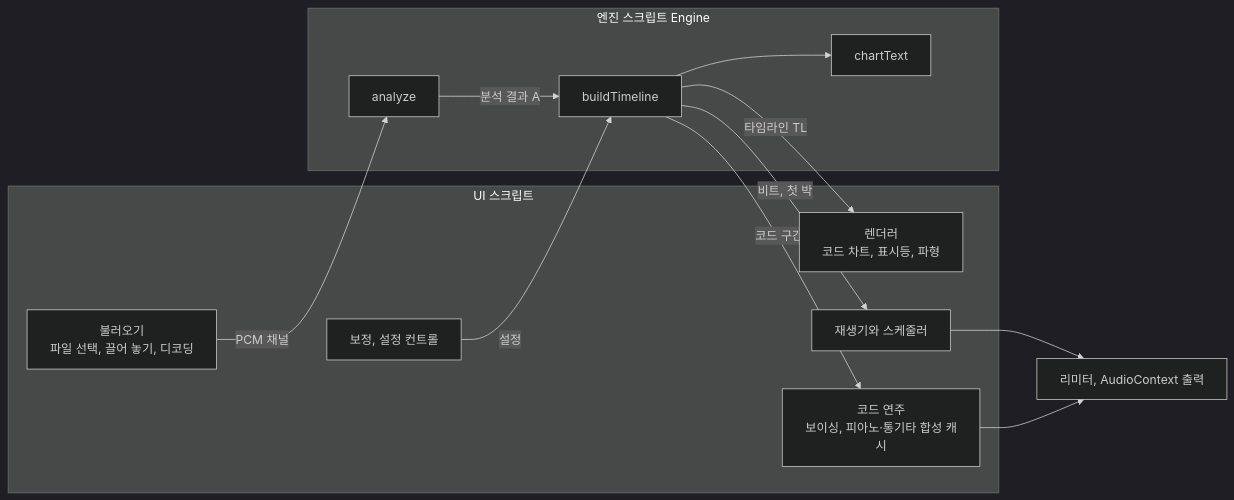
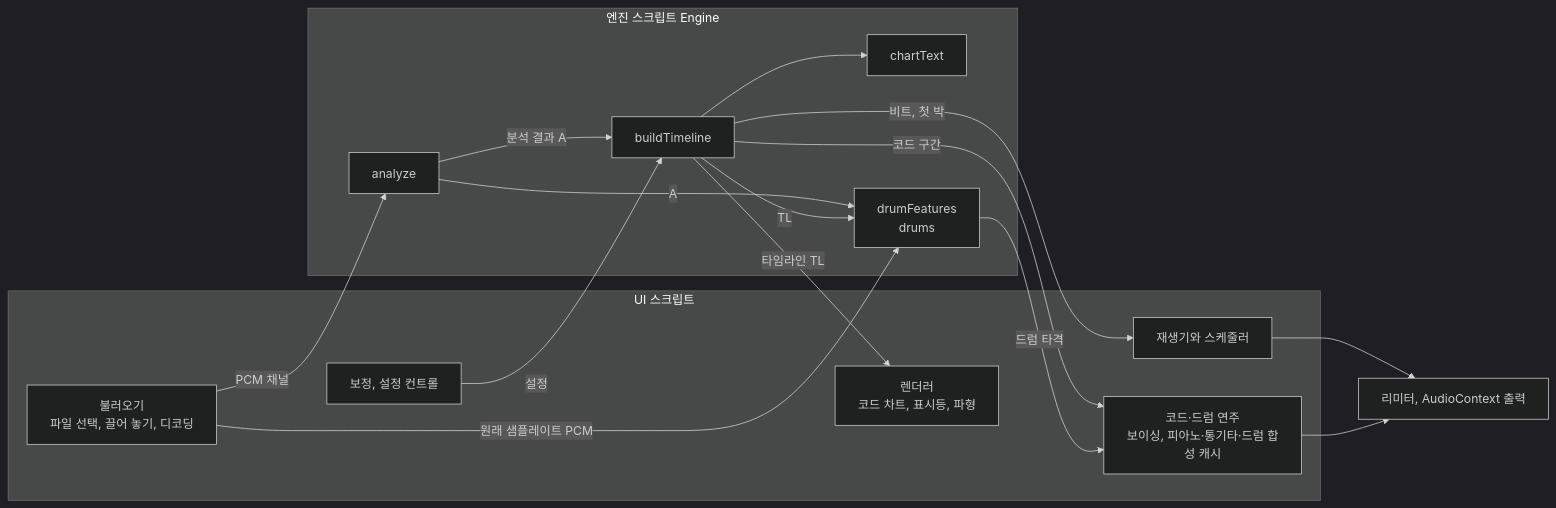
One commit to Velvitty/Chordity changed the second of 3 diagrams in README.md. Above: the diagram before and after it, drawn with Mermaid (dark theme). The commit also changed other lines of this file and 7 other files, not shown here.

````diff
--- a/README.md
+++ b/README.md
@@ -1295,24 +1307,29 @@
 ```mermaid
 flowchart LR
   subgraph UI["UI 스크립트"]
     LD["불러오기<br/>파일 선택, 끌어 놓기, 디코딩"]
     CT["보정, 설정 컨트롤"]
     RD["렌더러<br/>코드 차트, 표시등, 파형"]
     PL["재생기와 스케줄러"]
-    PN["코드 연주<br/>보이싱, 피아노·통기타 합성 캐시"]
+    PN["코드·드럼 연주<br/>보이싱, 피아노·통기타·드럼 합성 캐시"]
   end
   subgraph EN["엔진 스크립트 Engine"]
     AN["analyze"]
     BT["buildTimeline"]
     TX["chartText"]
+    DM["drumFeatures<br/>drums"]
   end
   LD -->|PCM 채널| AN
   AN -->|분석 결과 A| BT
   CT -->|설정| BT
   BT -->|타임라인 TL| RD
   BT -->|비트, 첫 박| PL
   BT -->|코드 구간| PN
   BT --> TX
+  LD -->|원래 샘플레이트 PCM| DM
+  AN -->|A| DM
+  BT -->|TL| DM
+  DM -->|드럼 타격| PN
   PL --> AO["리미터, AudioContext 출력"]
   PN --> AO
 ```
````
